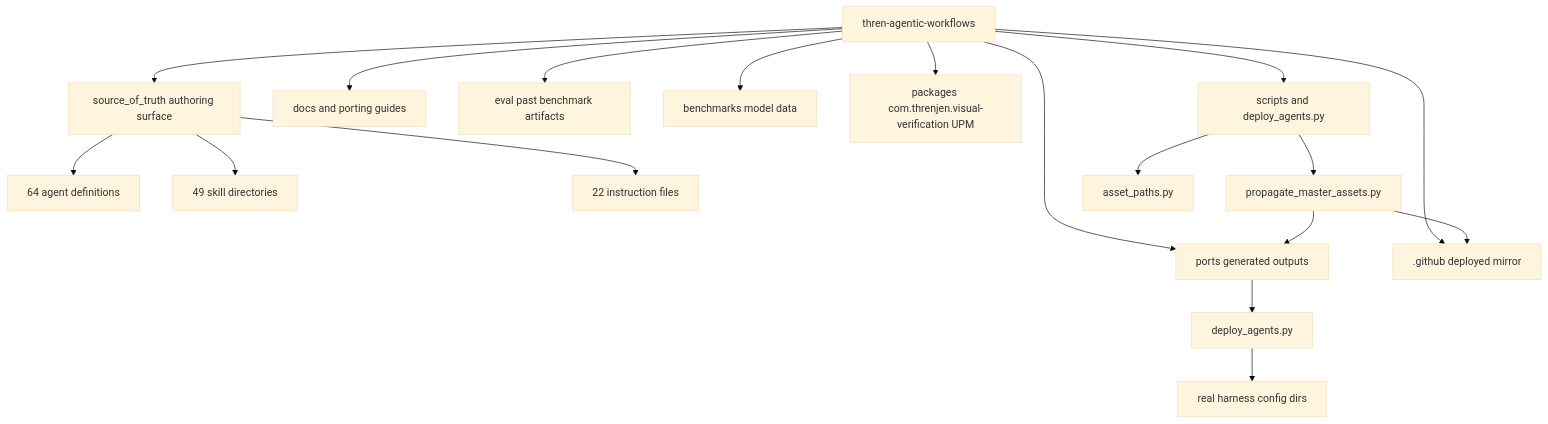
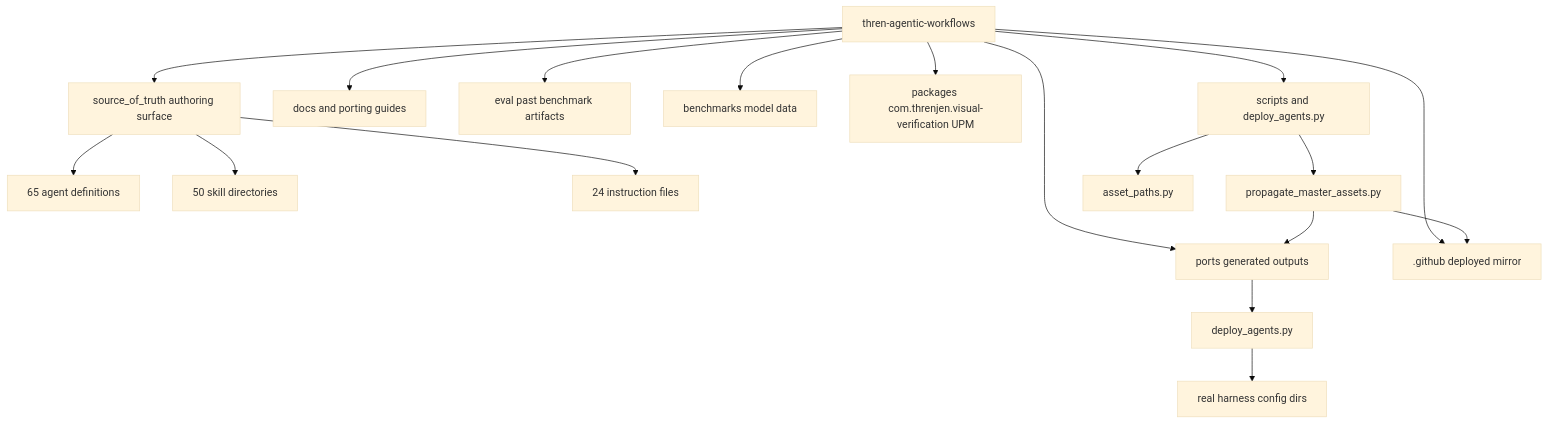
One commit to threnjen/thren-agentic-workflows changed the first of 4 diagrams in docs/ARCHITECTURE.md. Above: the diagram before and after it, drawn with Mermaid (base theme). The commit also changed other lines of this file and 7 other files, not shown here.

````diff
--- a/docs/ARCHITECTURE.md
+++ b/docs/ARCHITECTURE.md
@@ -22,24 +22,24 @@
 ```mermaid
 flowchart TD
     Root[thren-agentic-workflows]
 
     Root --> SOT[source_of_truth authoring surface]
     Root --> Ports[ports generated outputs]
     Root --> DotGithub[.github deployed mirror]
     Root --> Docs[docs and porting guides]
     Root --> Eval[eval past benchmark artifacts]
     Root --> Bench[benchmarks model data]
     Root --> Pkg[packages com.threnjen.visual-verification UPM]
     Root --> Scripts[scripts and deploy_agents.py]
 
-    SOT --> Agents[64 agent definitions]
-    SOT --> Skills[49 skill directories]
-    SOT --> Instructions[22 instruction files]
+    SOT --> Agents[65 agent definitions]
+    SOT --> Skills[50 skill directories]
+    SOT --> Instructions[24 instruction files]
 
     Scripts --> Propagate[propagate_master_assets.py]
     Scripts --> Shared[asset_paths.py]
     Propagate --> Ports
     Propagate --> DotGithub
     Deploy[deploy_agents.py] --> RealDirs[real harness config dirs]
     Ports --> Deploy
 ```
````
